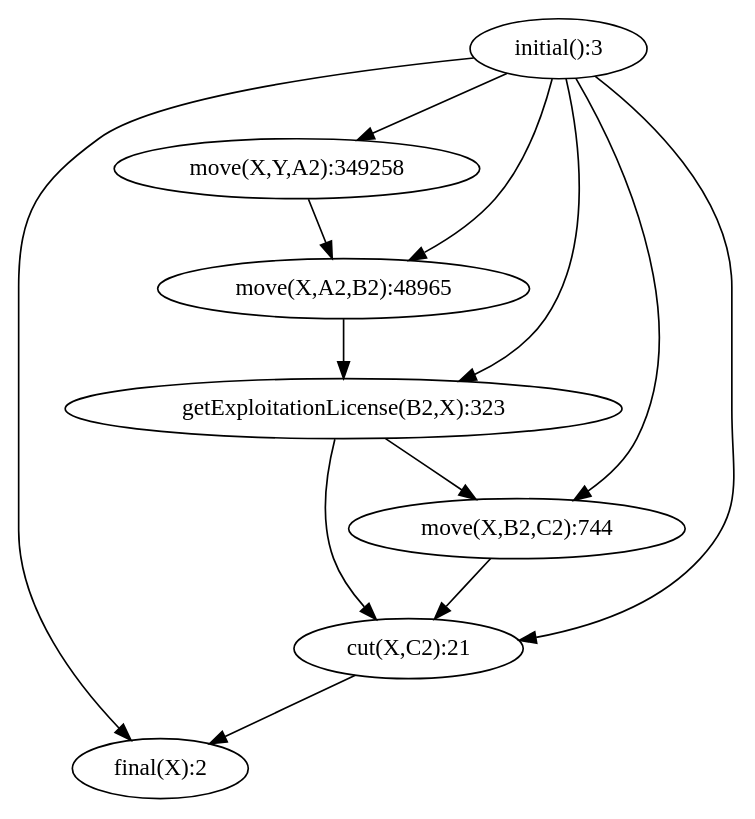
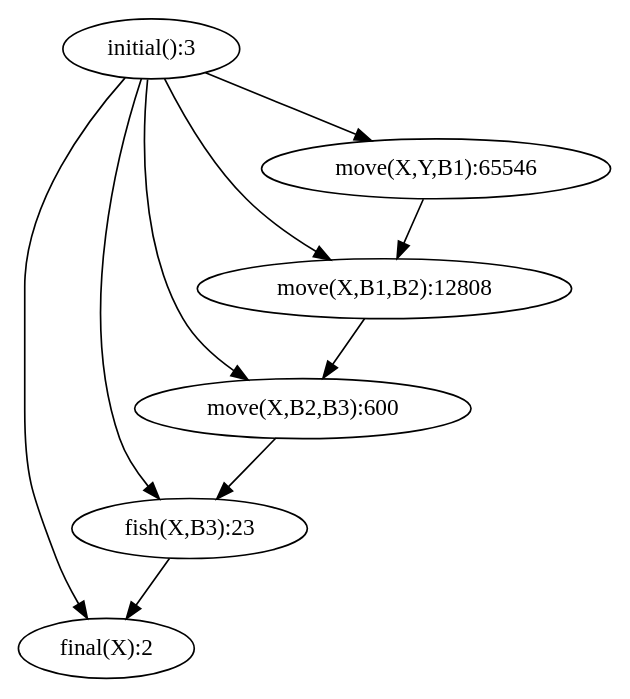
One commit to tokyramarozaka/mimosa-iriela-extension changed the diagram in output/overview.png.dot. Above: the diagram before and after it, drawn with Graphviz. The commit also changed 10 other files, not shown here.

```diff
--- a/output/overview.png.dot
+++ b/output/overview.png.dot
@@ -1,14 +1,11 @@
 digraph G { 
   "initial():3" -> "final(X):2";
-  "initial():3" -> "cut(X,C2):21";
-  "initial():3" -> "getExploitationLicense(B2,X):323";
-  "initial():3" -> "move(X,B2,C2):744";
-  "initial():3" -> "move(X,A2,B2):48965";
-  "initial():3" -> "move(X,Y,A2):349258";
-  "cut(X,C2):21" -> "final(X):2";
-  "getExploitationLicense(B2,X):323" -> "cut(X,C2):21";
-  "getExploitationLicense(B2,X):323" -> "move(X,B2,C2):744";
-  "move(X,B2,C2):744" -> "cut(X,C2):21";
-  "move(X,A2,B2):48965" -> "getExploitationLicense(B2,X):323";
-  "move(X,Y,A2):349258" -> "move(X,A2,B2):48965";
+  "initial():3" -> "fish(X,B3):23";
+  "initial():3" -> "move(X,B2,B3):600";
+  "initial():3" -> "move(X,B1,B2):12808";
+  "initial():3" -> "move(X,Y,B1):65546";
+  "fish(X,B3):23" -> "final(X):2";
+  "move(X,B2,B3):600" -> "fish(X,B3):23";
+  "move(X,B1,B2):12808" -> "move(X,B2,B3):600";
+  "move(X,Y,B1):65546" -> "move(X,B1,B2):12808";
 }
```
